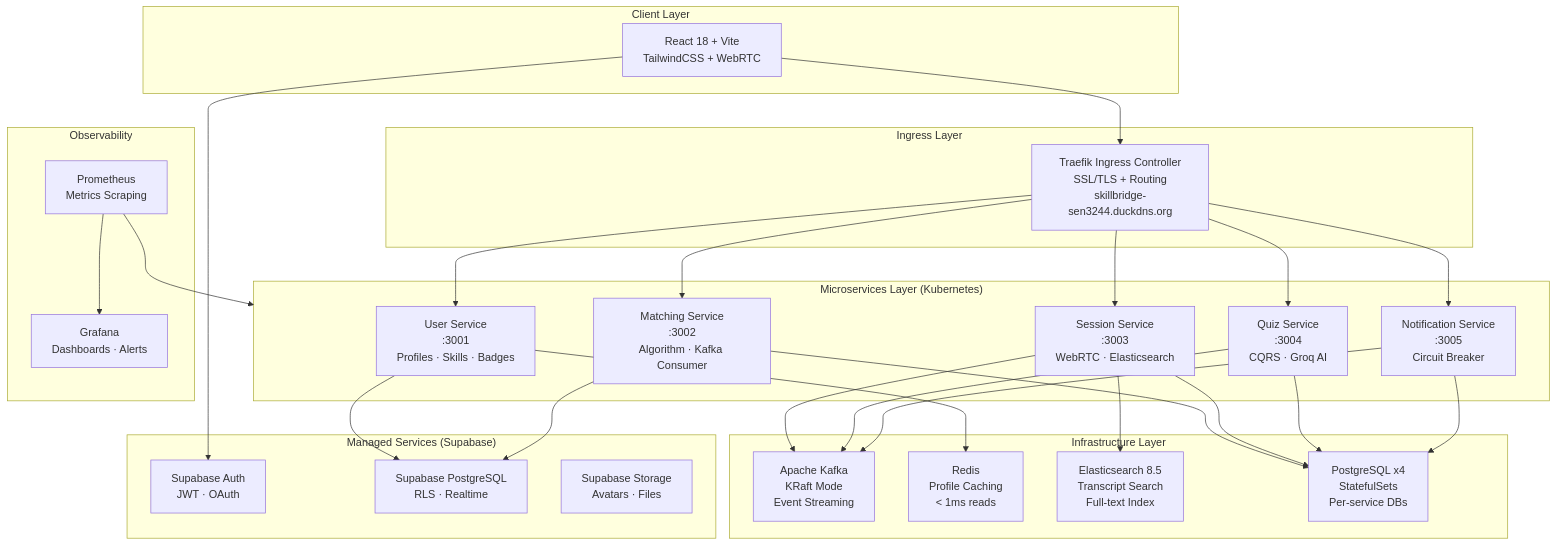
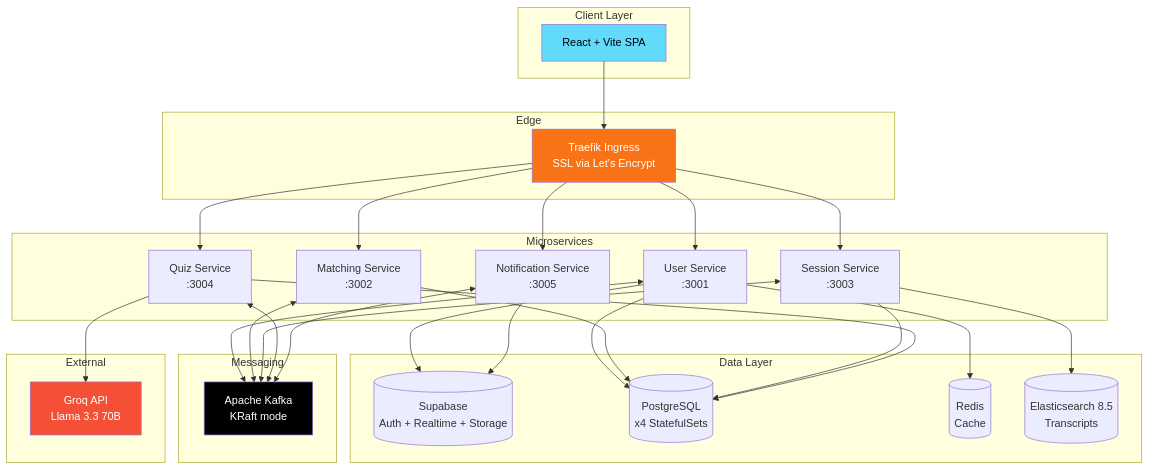
One commit to Asongwelewis/Skill-Bridge changed the second of 2 diagrams in Readme.md. Above: the diagram before and after it, drawn with Mermaid. The commit also changed other lines of this file, not shown here.

````diff
--- a/Readme.md
+++ b/Readme.md
@@ -105,49 +130,51 @@
 ```mermaid
 graph TB
-    subgraph CLIENT[" Client Layer"]
-        BROWSER["React 18 + Vite\nTailwindCSS + WebRTC"]
+    subgraph "Client Layer"
+        FE[React + Vite SPA]
     end
 
-    subgraph INGRESS[" Ingress Layer"]
-        TRAEFIK["Traefik Ingress Controller\nSSL/TLS + Routing\nskillbridge-sen3244.duckdns.org"]
+    subgraph "Edge"
+        TF[Traefik Ingress<br/>SSL via Let's Encrypt]
     end
 
-    subgraph SERVICES[" Microservices Layer (Kubernetes)"]
-        US[" User Service\n:3001\nProfiles · Skills · Badges"]
-        MS[" Matching Service\n:3002\nAlgorithm · Kafka Consumer"]
-        SS[" Session Service\n:3003\nWebRTC · Elasticsearch"]
-        QS[" Quiz Service\n:3004\nCQRS · Groq AI"]
-        NS[" Notification Service\n:3005\nCircuit Breaker"]
+    subgraph "Microservices"
+        US[User Service<br/>:3001]
+        MS[Matching Service<br/>:3002]
+        SS[Session Service<br/>:3003]
+        QS[Quiz Service<br/>:3004]
+        NS[Notification Service<br/>:3005]
     end
 
-    subgraph INFRA[" Infrastructure Layer"]
-        KAFKA["Apache Kafka\nKRaft Mode\nEvent Streaming"]
-        REDIS["Redis\nProfile Caching\n< 1ms reads"]
-        ELASTIC["Elasticsearch 8.5\nTranscript Search\nFull-text Index"]
-        PG["PostgreSQL x4\nStatefulSets\nPer-service DBs"]
+    subgraph "Messaging"
+        K[Apache Kafka<br/>KRaft mode]
     end
 
-    subgraph MANAGED[" Managed Services (Supabase)"]
-        AUTH["Supabase Auth\nJWT · OAuth"]
-        SUPA_DB["Supabase PostgreSQL\nRLS · Realtime"]
-        STORAGE["Supabase Storage\nAvatars · Files"]
+    subgraph "Data Layer"
+        SB[(Supabase<br/>Auth + Realtime + Storage)]
+        PG1[(PostgreSQL<br/>x4 StatefulSets)]
+        RD[(Redis<br/>Cache)]
+        ES[(Elasticsearch 8.5<br/>Transcripts)]
     end
 
-    subgraph OBSERVABILITY[" Observability"]
-        PROM["Prometheus\nMetrics Scraping"]
-        GRAFANA["Grafana\nDashboards · Alerts"]
+    subgraph "External"
+        GROQ[Groq API<br/>Llama 3.3 70B]
     end
 
-    BROWSER --> TRAEFIK
-    TRAEFIK --> US & MS & SS & QS & NS
-    US --> REDIS
-    US & MS --> SUPA_DB
-    SS --> ELASTIC
-    SS --> KAFKA
-    QS --> KAFKA
-    NS --> KAFKA
-    MS & SS & QS & NS --> PG
-    BROWSER --> AUTH
-    PROM --> SERVICES
-    PROM --> GRAFANA
+    FE --> TF
+    TF --> US & MS & SS & QS & NS
+    US <--> K
+    MS <--> K
+    SS <--> K
+    QS <--> K
+    NS <--> K
+    US --> SB & PG1 & RD
+    MS --> PG1
+    SS --> PG1 & ES
+    QS --> PG1 & GROQ
+    NS --> SB
+
+    style FE fill:#61dafb,color:#000
+    style TF fill:#f97316,color:#fff
+    style K fill:#000,color:#fff
+    style GROQ fill:#F55036,color:#fff
 ```
````
